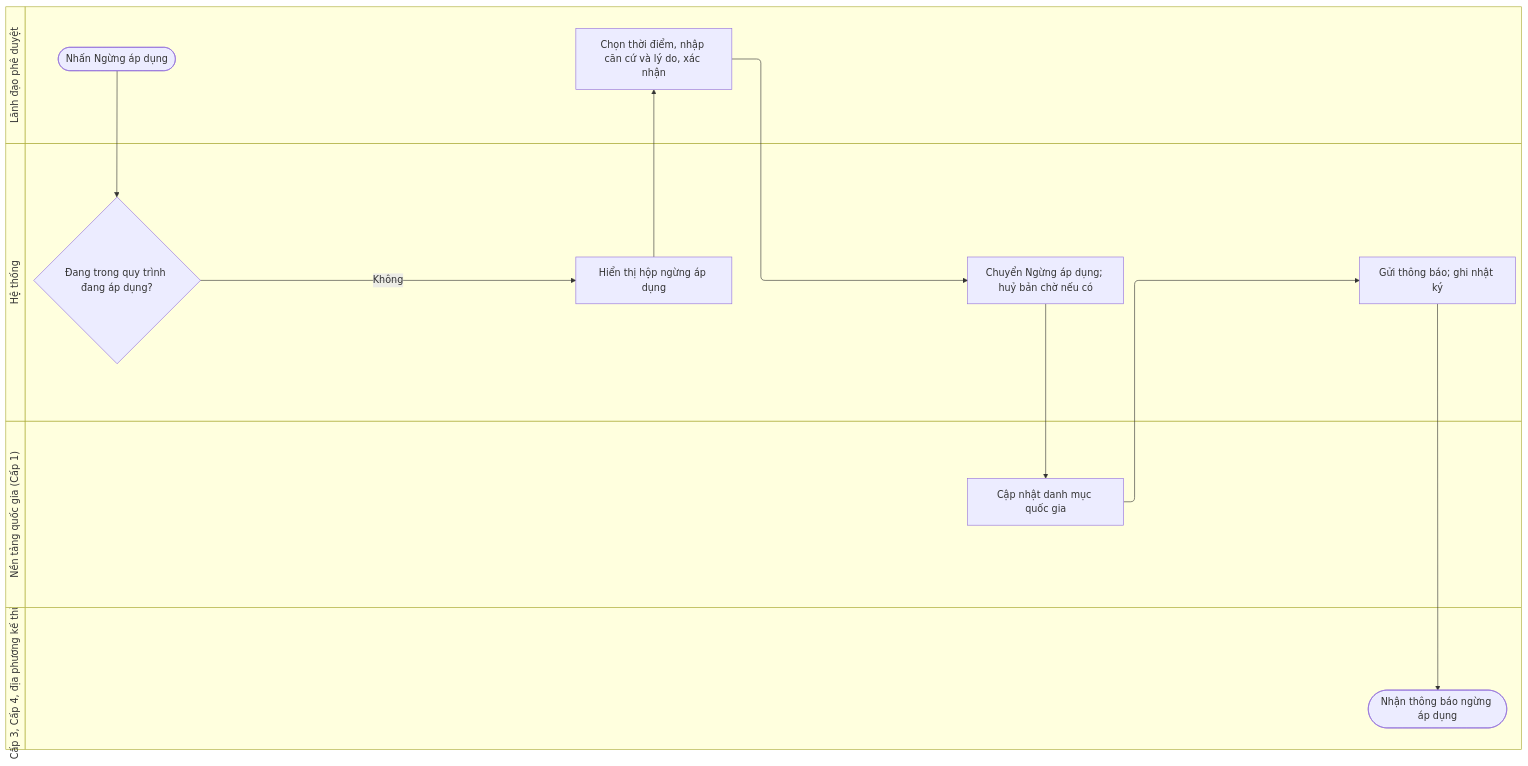
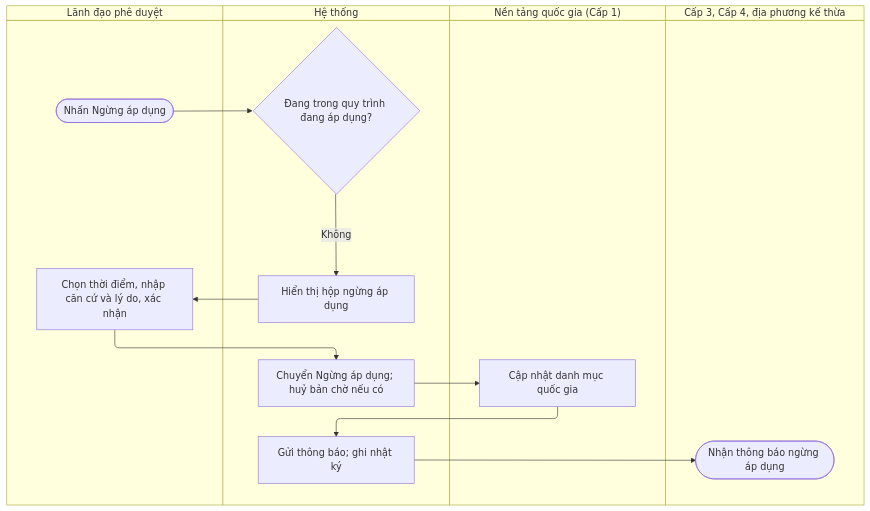
One commit to cuongnh-rd/ndatrace-attp changed the diagram in docs/prd/swimlane-mermaid/sl-19.mmd. Above: the diagram before and after it, drawn with Mermaid. The commit also changed 21 other files, not shown here.

First line of the commit message:
docs: swimlane Mermaid chuyển sang chiều dọc (TB)

```diff
--- a/docs/prd/swimlane-mermaid/sl-19.mmd
+++ b/docs/prd/swimlane-mermaid/sl-19.mmd
@@ -1,24 +1,24 @@
-swimlane-beta LR
+swimlane-beta TB
   subgraph LD["Lãnh đạo phê duyệt"]
     s(["Nhấn Ngừng áp dụng"])
     l1["Chọn thời điểm, nhập căn cứ và lý do, xác nhận"]
   end
   subgraph HT["Hệ thống"]
     d1{"Đang trong quy trình đang áp dụng?"}
     h1["Hiển thị hộp ngừng áp dụng"]
     h2["Chuyển Ngừng áp dụng; huỷ bản chờ nếu có"]
     h3["Gửi thông báo; ghi nhật ký"]
   end
   subgraph C1["Nền tảng quốc gia (Cấp 1)"]
     n1["Cập nhật danh mục quốc gia"]
   end
   subgraph NH["Cấp 3, Cấp 4, địa phương kế thừa"]
     m1(["Nhận thông báo ngừng áp dụng"])
   end
   s --> d1
   d1 -->|Không| h1
   h1 --> l1
   l1 --> h2
   h2 --> n1
   n1 --> h3
   h3 --> m1
```
